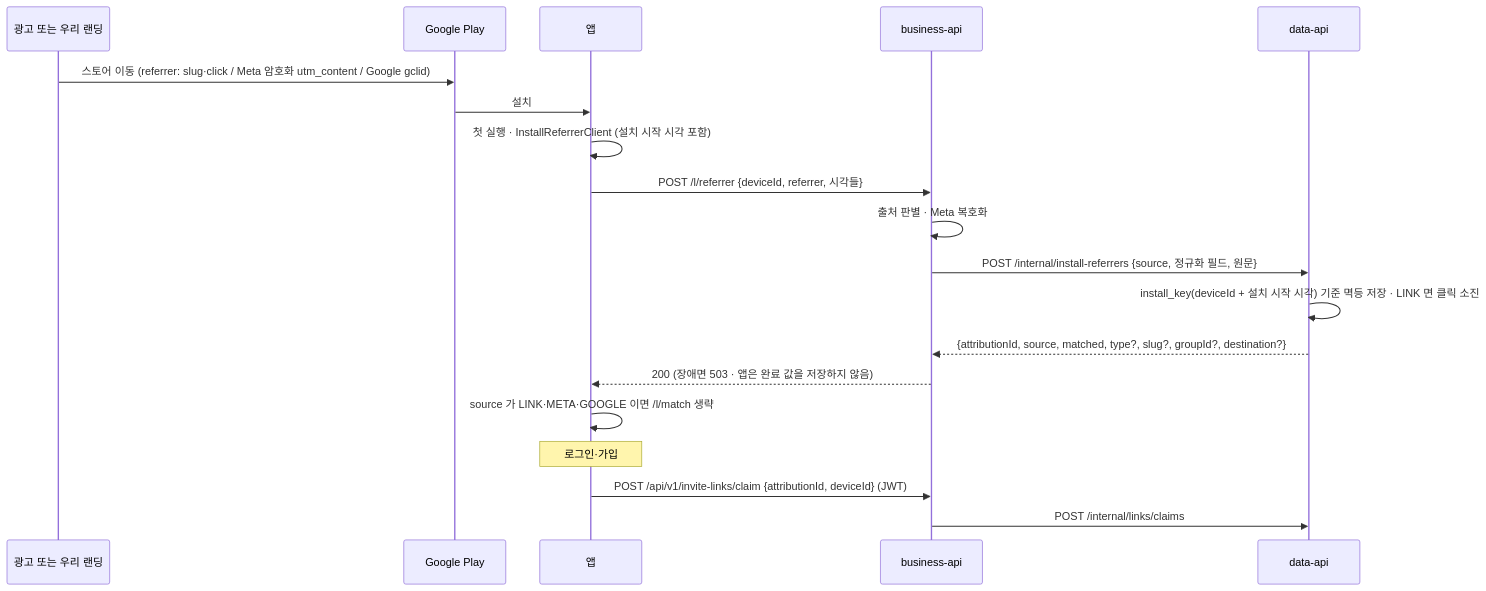
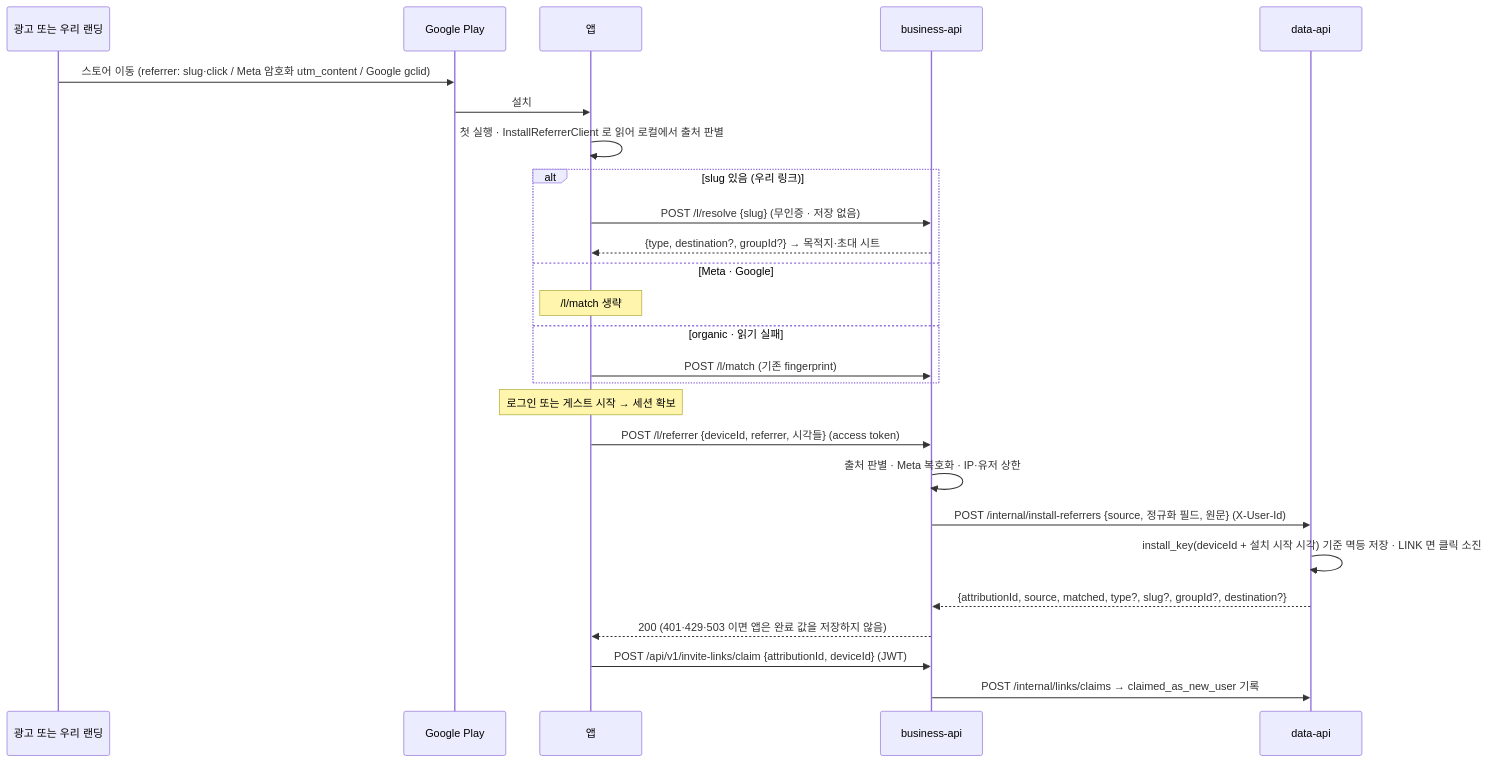
The third of 4 diagrams in docs/prd/link-attribution/high-level-design.md (OneOrThree/phone), drawn with Mermaid before and after one commit. The commit also changed other lines of this file and 4 other files, not shown here.

````diff
--- a/docs/prd/link-attribution/high-level-design.md
+++ b/docs/prd/link-attribution/high-level-design.md
@@ -90,21 +90,28 @@
 ```mermaid
 sequenceDiagram
   participant Src as 광고 또는 우리 랜딩
   participant P as Google Play
   participant A as 앱
   participant B as business-api
   participant D as data-api
   Src->>P: 스토어 이동 (referrer: slug·click / Meta 암호화 utm_content / Google gclid)
   P->>A: 설치
-  A->>A: 첫 실행 · InstallReferrerClient (설치 시작 시각 포함)
-  A->>B: POST /l/referrer {deviceId, referrer, 시각들}
-  B->>B: 출처 판별 · Meta 복호화
-  B->>D: POST /internal/install-referrers {source, 정규화 필드, 원문}
+  A->>A: 첫 실행 · InstallReferrerClient 로 읽어 로컬에서 출처 판별
+  alt slug 있음 (우리 링크)
+    A->>B: POST /l/resolve {slug} (무인증 · 저장 없음)
+    B-->>A: {type, destination?, groupId?} → 목적지·초대 시트
+  else Meta · Google
+    Note over A: /l/match 생략
+  else organic · 읽기 실패
+    A->>B: POST /l/match (기존 fingerprint)
+  end
+  Note over A: 로그인 또는 게스트 시작 → 세션 확보
+  A->>B: POST /l/referrer {deviceId, referrer, 시각들} (access token)
+  B->>B: 출처 판별 · Meta 복호화 · IP·유저 상한
+  B->>D: POST /internal/install-referrers {source, 정규화 필드, 원문} (X-User-Id)
   D->>D: install_key(deviceId + 설치 시작 시각) 기준 멱등 저장 · LINK 면 클릭 소진
   D-->>B: {attributionId, source, matched, type?, slug?, groupId?, destination?}
-  B-->>A: 200 (장애면 503 · 앱은 완료 값을 저장하지 않음)
-  A->>A: source 가 LINK·META·GOOGLE 이면 /l/match 생략
-  Note over A: 로그인·가입
+  B-->>A: 200 (401·429·503 이면 앱은 완료 값을 저장하지 않음)
   A->>B: POST /api/v1/invite-links/claim {attributionId, deviceId} (JWT)
-  B->>D: POST /internal/links/claims
+  B->>D: POST /internal/links/claims → claimed_as_new_user 기록
 ```
````
